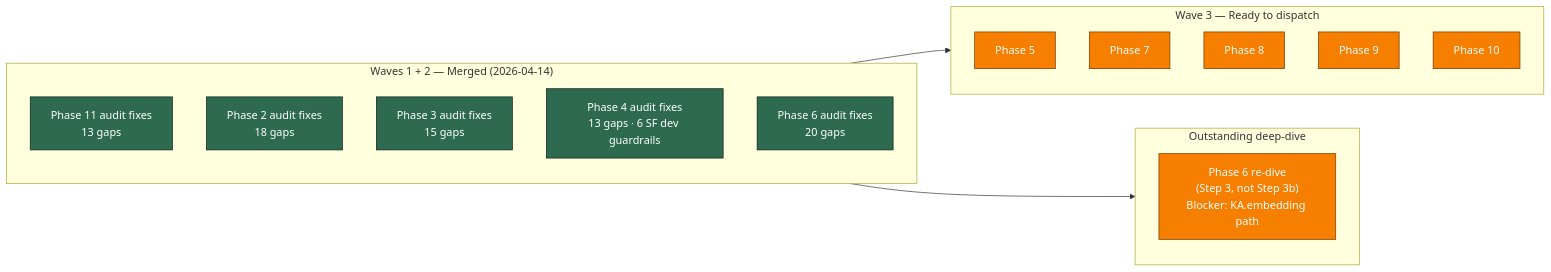
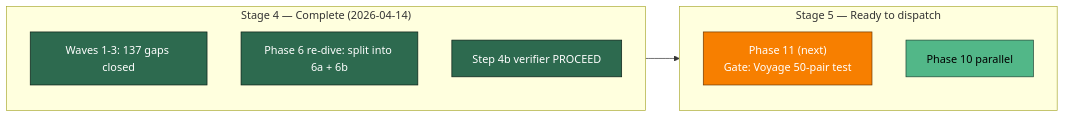
Before and after one commit to Mar5929/Salesforce-Consulting-SDLC-App: the fourth of 4 diagrams in docs/bef/PROJECT_STATE_VISUAL.md, drawn with Mermaid. The commit also changed other lines of this file and 6 other files, not shown here.

First line of the commit message:
deep-dive(phase-06): re-dive; split into 6a (five-layer KB) + 6b (Org Health)

````diff
--- a/docs/bef/PROJECT_STATE_VISUAL.md
+++ b/docs/bef/PROJECT_STATE_VISUAL.md
@@ -106,28 +107,19 @@
 ```mermaid
 flowchart LR
-    subgraph Done["Waves 1 + 2 — Merged (2026-04-14)"]
+    subgraph Done["Stage 4 — Complete (2026-04-14)"]
         direction TB
-        W1A["Phase 11 audit fixes<br/>13 gaps"]:::done
-        W1B["Phase 2 audit fixes<br/>18 gaps"]:::done
-        W2A["Phase 3 audit fixes<br/>15 gaps"]:::done
-        W2B["Phase 4 audit fixes<br/>13 gaps · 6 SF dev guardrails"]:::done
-        W2C["Phase 6 audit fixes<br/>20 gaps"]:::done
+        DW1["Waves 1-3: 137 gaps closed"]:::done
+        D6["Phase 6 re-dive: split into 6a + 6b"]:::done
+        D4b["Step 4b verifier PROCEED"]:::done
     end
-    subgraph Wave3["Wave 3 — Ready to dispatch"]
+    subgraph Ready["Stage 5 — Ready to dispatch"]
         direction TB
-        W3A["Phase 5"]:::next
-        W3B["Phase 7"]:::next
-        W3C["Phase 8"]:::next
-        W3D["Phase 9"]:::next
-        W3E["Phase 10"]:::next
+        N11["Phase 11 (next)<br/>Gate: Voyage 50-pair test"]:::next
+        N10["Phase 10 parallel"]:::ready
     end
-    subgraph Deepdive["Outstanding deep-dive"]
-        direction TB
-        D1["Phase 6 re-dive<br/>(Step 3, not Step 3b)<br/>Blocker: KA.embedding path"]:::next
-    end
-    Done --> Wave3
-    Done --> Deepdive
+    Done --> Ready
 
     classDef done fill:#2d6a4f,stroke:#081c15,color:#fff
     classDef next fill:#f77f00,stroke:#6a3500,color:#fff
+    classDef ready fill:#52b788,stroke:#1b4332,color:#000
 ```
````
